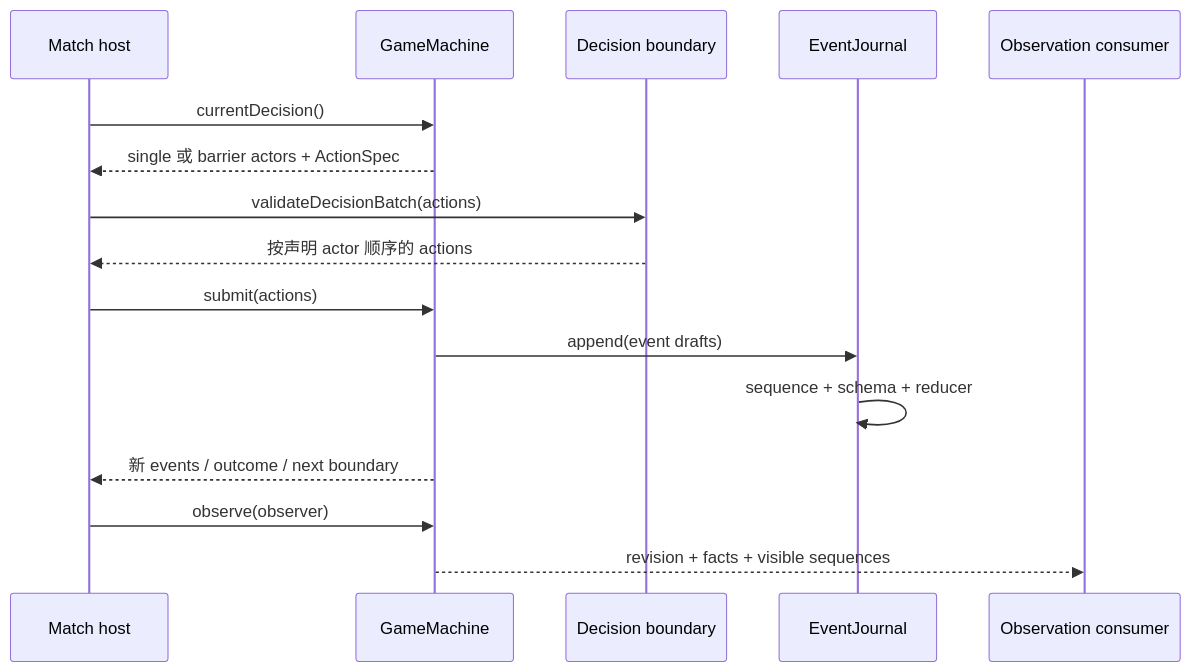
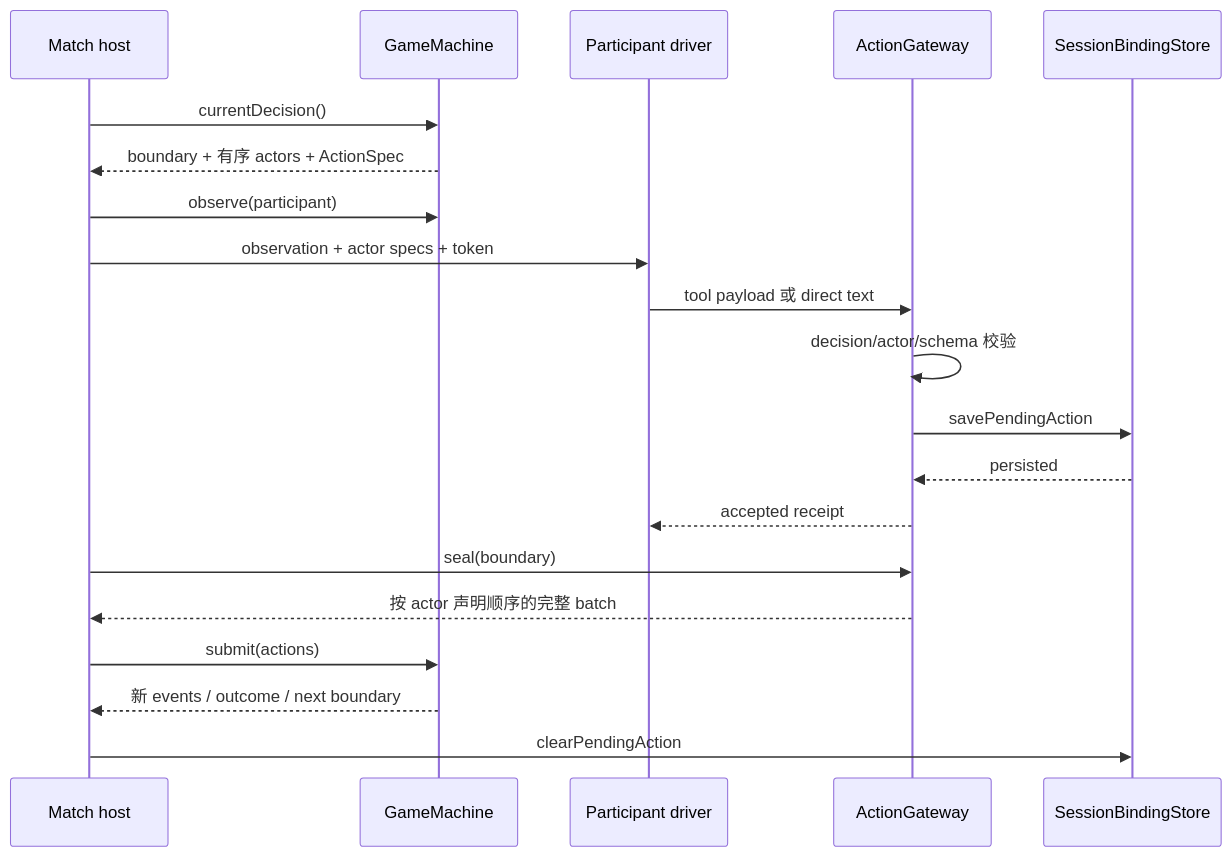
The third of 3 diagrams in docs/architecture.md (renewboy/agent-arena-core), drawn with Mermaid before and after one commit. The commit also changed other lines of this file and 54 other files, not shown here.

````diff
--- a/docs/architecture.md
+++ b/docs/architecture.md
@@ -108,19 +132,23 @@
 ```mermaid
 sequenceDiagram
     participant Host as Match host
     participant Machine as GameMachine
-    participant Boundary as Decision boundary
-    participant Journal as EventJournal
-    participant Observer as Observation consumer
+    participant Driver as Participant driver
+    participant Gateway as ActionGateway
+    participant Store as SessionBindingStore
 
     Host->>Machine: currentDecision()
-    Machine-->>Host: single 或 barrier actors + ActionSpec
-    Host->>Boundary: validateDecisionBatch(actions)
-    Boundary-->>Host: 按声明 actor 顺序的 actions
+    Machine-->>Host: boundary + 有序 actors + ActionSpec
+    Host->>Machine: observe(participant)
+    Host->>Driver: observation + actor specs + token
+    Driver->>Gateway: tool payload 或 direct text
+    Gateway->>Gateway: decision/actor/schema 校验
+    Gateway->>Store: savePendingAction
+    Store-->>Gateway: persisted
+    Gateway-->>Driver: accepted receipt
+    Host->>Gateway: seal(boundary)
+    Gateway-->>Host: 按 actor 声明顺序的完整 batch
     Host->>Machine: submit(actions)
-    Machine->>Journal: append(event drafts)
-    Journal->>Journal: sequence + schema + reducer
     Machine-->>Host: 新 events / outcome / next boundary
-    Host->>Machine: observe(observer)
-    Machine-->>Observer: revision + facts + visible sequences
+    Host->>Store: clearPendingAction
 ```
````
